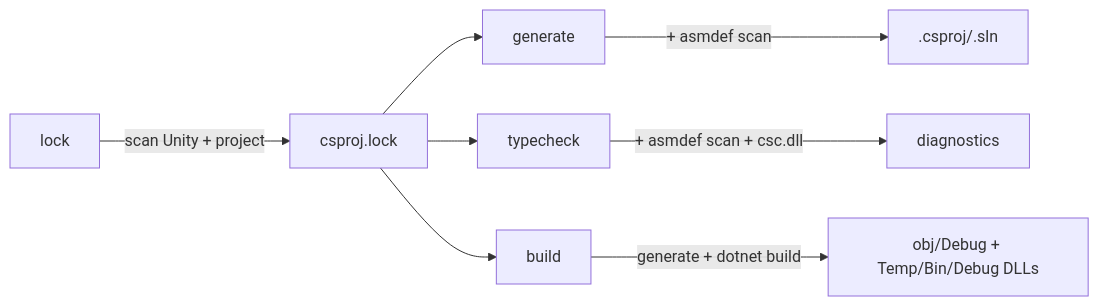
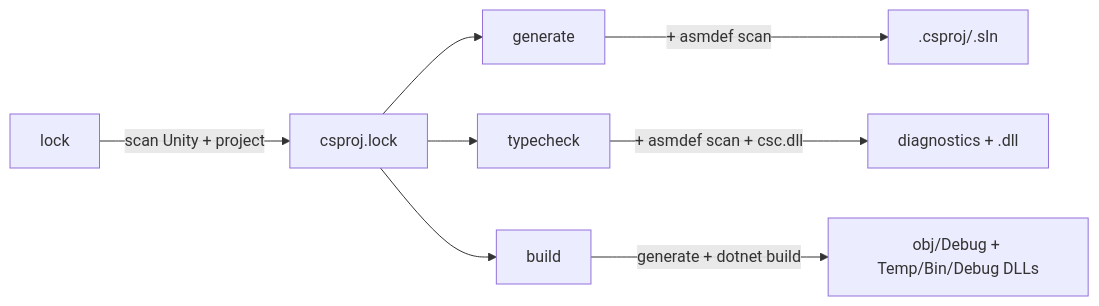
Before and after one commit to studio-boxcat/unity-solution-generator: the diagram in CLAUDE.md, drawn with Mermaid. The commit also changed other lines of this file and 8 other files, not shown here.

````diff
--- a/CLAUDE.md
+++ b/CLAUDE.md
@@ -86,10 +86,10 @@
 ```mermaid
 graph LR
     A[lock] -->|scan Unity + project| B[csproj.lock]
     B --> C[generate]
     B --> T[typecheck]
     B --> X[build]
     C -->|+ asmdef scan| D[.csproj/.sln]
-    T -->|+ asmdef scan + csc.dll| E[diagnostics]
+    T -->|+ asmdef scan + csc.dll| E[diagnostics + .dll]
     X -->|generate + dotnet build| F[obj/Debug + Temp/Bin/Debug DLLs]
 ```
````
